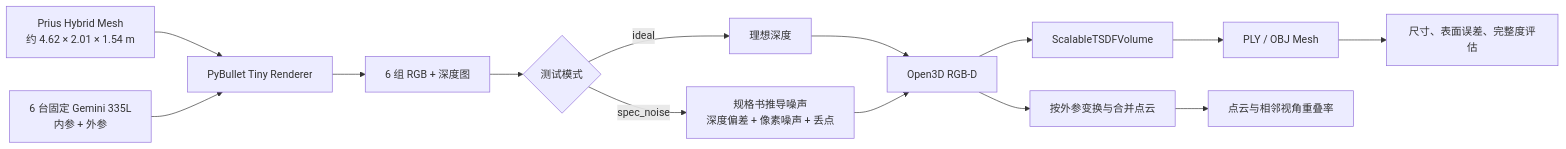
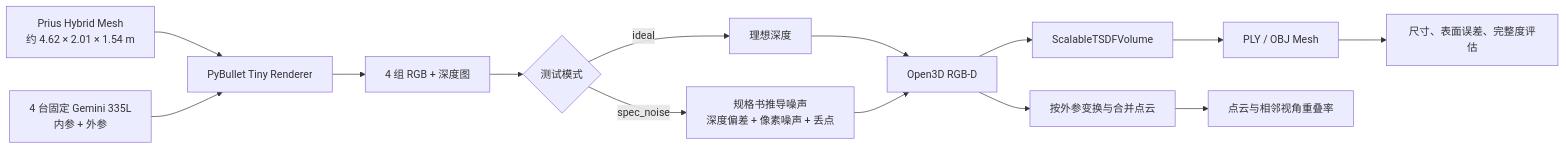
Before and after one commit to zqdbb/arm: the diagram in gemini335l_multicam_sim/README.md, drawn with Mermaid. The commit also changed other lines of this file and 27 other files, not shown here.

````diff
--- a/gemini335l_multicam_sim/README.md
+++ b/gemini335l_multicam_sim/README.md
@@ -21,16 +21,16 @@
 ```mermaid
 flowchart LR
     A[Prius Hybrid Mesh<br/>约 4.62 × 2.01 × 1.54 m] --> B[PyBullet Tiny Renderer]
-    C[6 台固定 Gemini 335L<br/>内参 + 外参] --> B
-    B --> D[6 组 RGB + 深度图]
+    C[4 台固定 Gemini 335L<br/>内参 + 外参] --> B
+    B --> D[4 组 RGB + 深度图]
     D --> E{测试模式}
     E -->|ideal| F[理想深度]
     E -->|spec_noise| G[规格书推导噪声<br/>深度偏差 + 像素噪声 + 丢点]
     F --> H[Open3D RGB-D]
     G --> H
     H --> I[按外参变换与合并点云]
     H --> J[ScalableTSDFVolume]
     J --> K[PLY / OBJ Mesh]
     I --> L[点云与相邻视角重叠率]
     K --> M[尺寸、表面误差、完整度评估]
 ```
````
